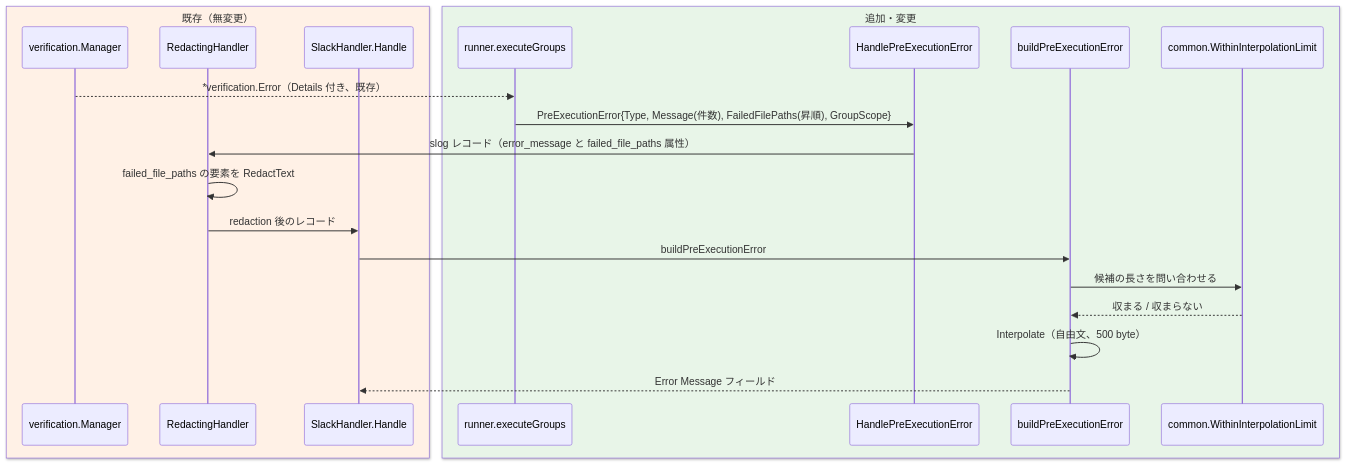
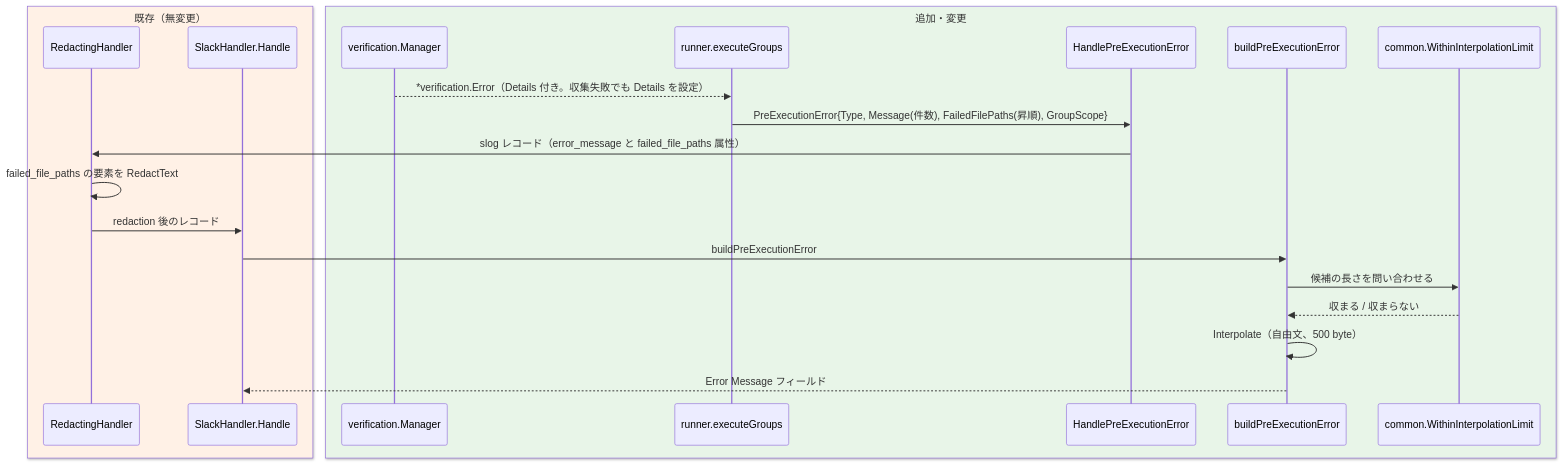
Before and after one commit to isseis/go-safe-cmd-runner: the seventh of 10 diagrams in docs/tasks/0175_group_verification_error_failed_files/02_architecture.md, drawn with Mermaid. The commit also changed other lines of this file and 1 other file, not shown here.

````diff
--- a/docs/tasks/0175_group_verification_error_failed_files/02_architecture.md
+++ b/docs/tasks/0175_group_verification_error_failed_files/02_architecture.md
@@ -232,25 +238,25 @@
 ```mermaid
 sequenceDiagram
     box rgb(255,241,230) 既存（無変更）
-        participant M as verification.Manager
         participant RH as RedactingHandler
         participant S as SlackHandler.Handle
     end
     box rgb(232,245,232) 追加・変更
+        participant M as verification.Manager
         participant R as runner.executeGroups
         participant L as HandlePreExecutionError
         participant B as buildPreExecutionError
         participant C as common.WithinInterpolationLimit
     end
 
-    M-->>R: *verification.Error（Details 付き、既存）
+    M-->>R: *verification.Error（Details 付き。収集失敗でも Details を設定）
     R->>L: PreExecutionError{Type, Message(件数), FailedFilePaths(昇順), GroupScope}
     L->>RH: slog レコード（error_message と failed_file_paths 属性）
     RH->>RH: failed_file_paths の要素を RedactText
     RH->>S: redaction 後のレコード
     S->>B: buildPreExecutionError
     B->>C: 候補の長さを問い合わせる
     C-->>B: 収まる / 収まらない
     B->>B: Interpolate（自由文、500 byte）
     B-->>S: Error Message フィールド
 ```
````
